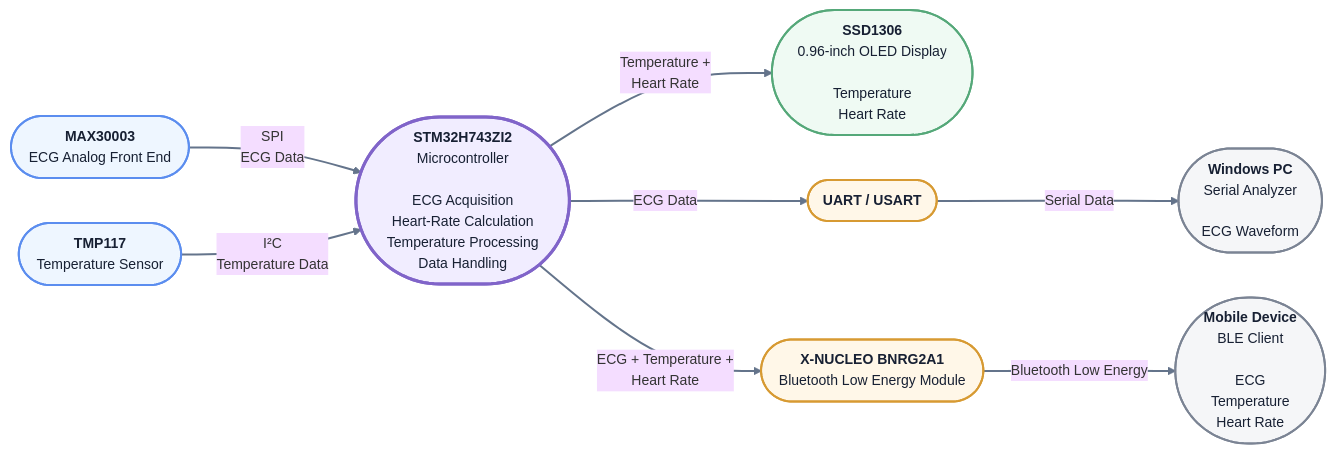
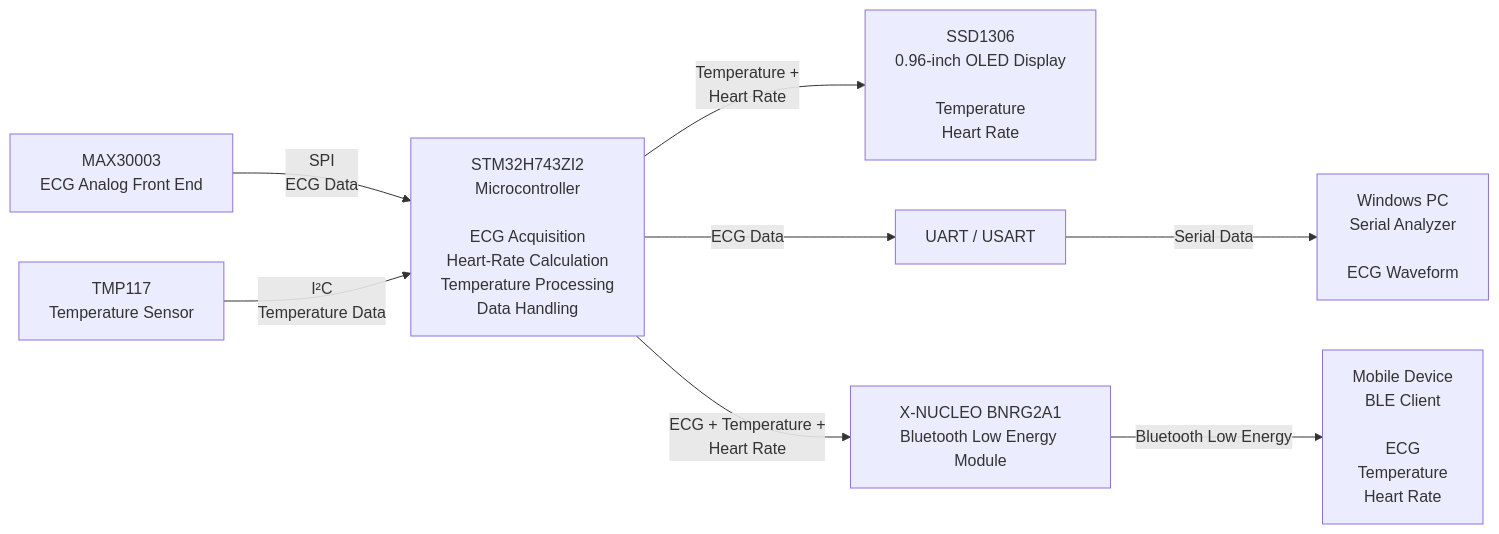
Before and after one commit to saicharan24052/STM32_ECG_Project: the diagram in README.md, drawn with Mermaid.

Commit message:
Refactor system architecture diagram in README.md
Updated the system architecture diagram in README.md by simplifying node definitions and removing class definitions.

````diff
--- a/README.md
+++ b/README.md
@@ -32,59 +32,28 @@
 ```mermaid
-%%{init: {
-  "theme": "base",
-  "flowchart": {
-    "curve": "basis",
-    "nodeSpacing": 45,
-    "rankSpacing": 55,
-    "padding": 20
-  },
-  "themeVariables": {
-    "fontFamily": "Arial",
-    "fontSize": "14px",
-    "lineColor": "#64748b"
-  }
-}}%%
-
 flowchart LR
 
-    ECG(["<b>MAX30003</b><br/>ECG Analog Front End"])
-    TEMP(["<b>TMP117</b><br/>Temperature Sensor"])
+    ECG["MAX30003<br/>ECG Analog Front End"]
+    TEMP["TMP117<br/>Temperature Sensor"]
 
-    MCU(["<b>STM32H743ZI2</b><br/>Microcontroller<br/><br/>ECG Acquisition<br/>Heart-Rate Calculation<br/>Temperature Processing<br/>Data Handling"])
+    MCU["STM32H743ZI2<br/>Microcontroller<br/><br/>ECG Acquisition<br/>Heart-Rate Calculation<br/>Temperature Processing<br/>Data Handling"]
 
-    OLED(["<b>SSD1306</b><br/>0.96-inch OLED Display<br/><br/>Temperature<br/>Heart Rate"])
+    OLED["SSD1306<br/>0.96-inch OLED Display<br/><br/>Temperature<br/>Heart Rate"]
 
-    UART(["<b>UART / USART</b>"])
-    PC(["<b>Windows PC</b><br/>Serial Analyzer<br/><br/>ECG Waveform"])
+    UART["UART / USART"]
+    PC["Windows PC<br/>Serial Analyzer<br/><br/>ECG Waveform"]
 
-    BLE(["<b>X-NUCLEO BNRG2A1</b><br/>Bluetooth Low Energy Module"])
+    BLE["X-NUCLEO BNRG2A1<br/>Bluetooth Low Energy Module"]
 
-    MOBILE(["<b>Mobile Device</b><br/>BLE Client<br/><br/>ECG<br/>Temperature<br/>Heart Rate"])
-
+    MOBILE["Mobile Device<br/>BLE Client<br/><br/>ECG<br/>Temperature<br/>Heart Rate"]
 
     ECG -->|"SPI<br/>ECG Data"| MCU
     TEMP -->|"I²C<br/>Temperature Data"| MCU
 
     MCU -->|"Temperature +<br/>Heart Rate"| OLED
 
     MCU -->|"ECG Data"| UART
     UART -->|"Serial Data"| PC
 
     MCU -->|"ECG + Temperature +<br/>Heart Rate"| BLE
     BLE -->|"Bluetooth Low Energy"| MOBILE
-
-
-    classDef sensor fill:#eef6ff,stroke:#5b8def,stroke-width:2px,color:#172033;
-    classDef mcu fill:#f1edff,stroke:#8064c9,stroke-width:3px,color:#172033;
-    classDef display fill:#effaf3,stroke:#55a879,stroke-width:2px,color:#172033;
-    classDef interface fill:#fff7e8,stroke:#d79a32,stroke-width:2px,color:#172033;
-    classDef output fill:#f5f6f8,stroke:#7b8494,stroke-width:2px,color:#172033;
-
-    class ECG,TEMP sensor;
-    class MCU mcu;
-    class OLED display;
-    class UART,BLE interface;
-    class PC,MOBILE output;
-
-    linkStyle default stroke:#64748b,stroke-width:2px;
 ```
````
